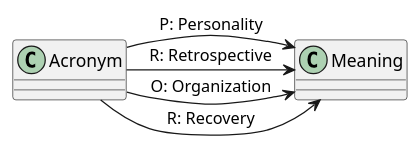
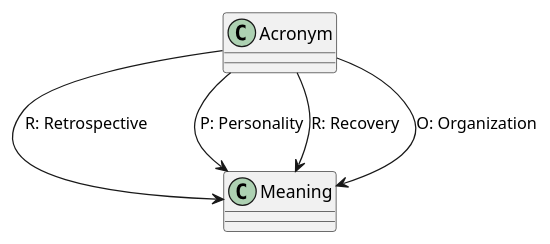
Before and after one commit to RPRO-Project/RPRO_entity_141217: the diagram in about_us.puml, drawn with PlantUML.

```diff
--- a/about_us.puml
+++ b/about_us.puml
@@ -1,10 +1,10 @@
 @startuml
 
 top to bottom direction
 
-Acronym->Meaning: R: Retrospective
-Acronym->Meaning: P: Personality
-Acronym->Meaning: R: Recovery
-Acronym->Meaning: O: Organization
+Acronym --> Meaning: R: Retrospective
+Acronym --> Meaning: P: Personality
+Acronym --> Meaning: R: Recovery
+Acronym --> Meaning: O: Organization
 
 @enduml
```
